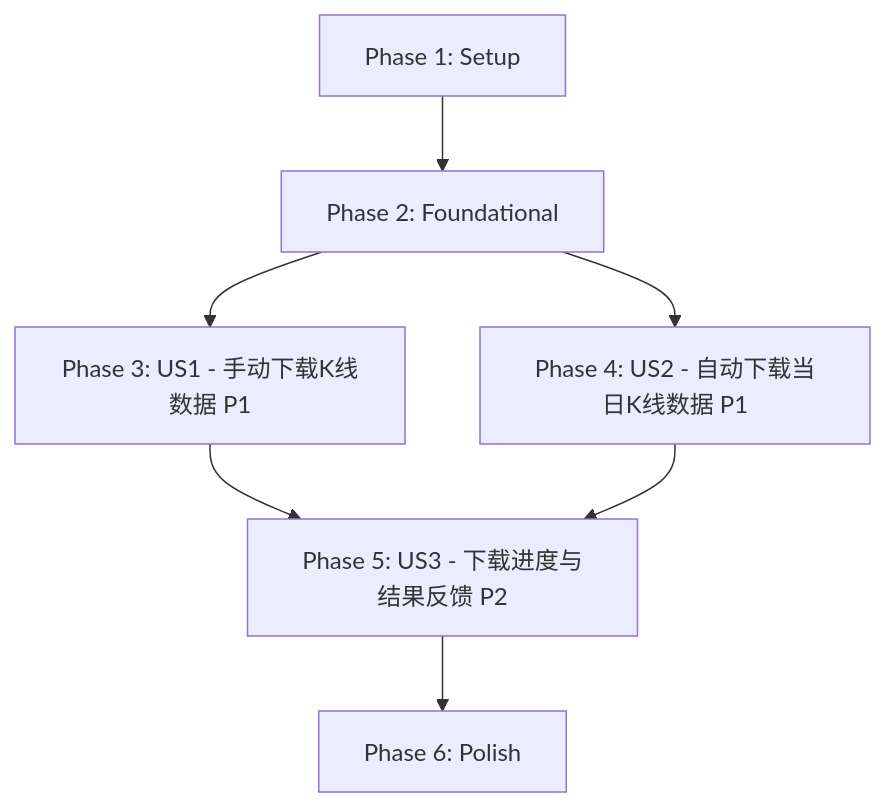
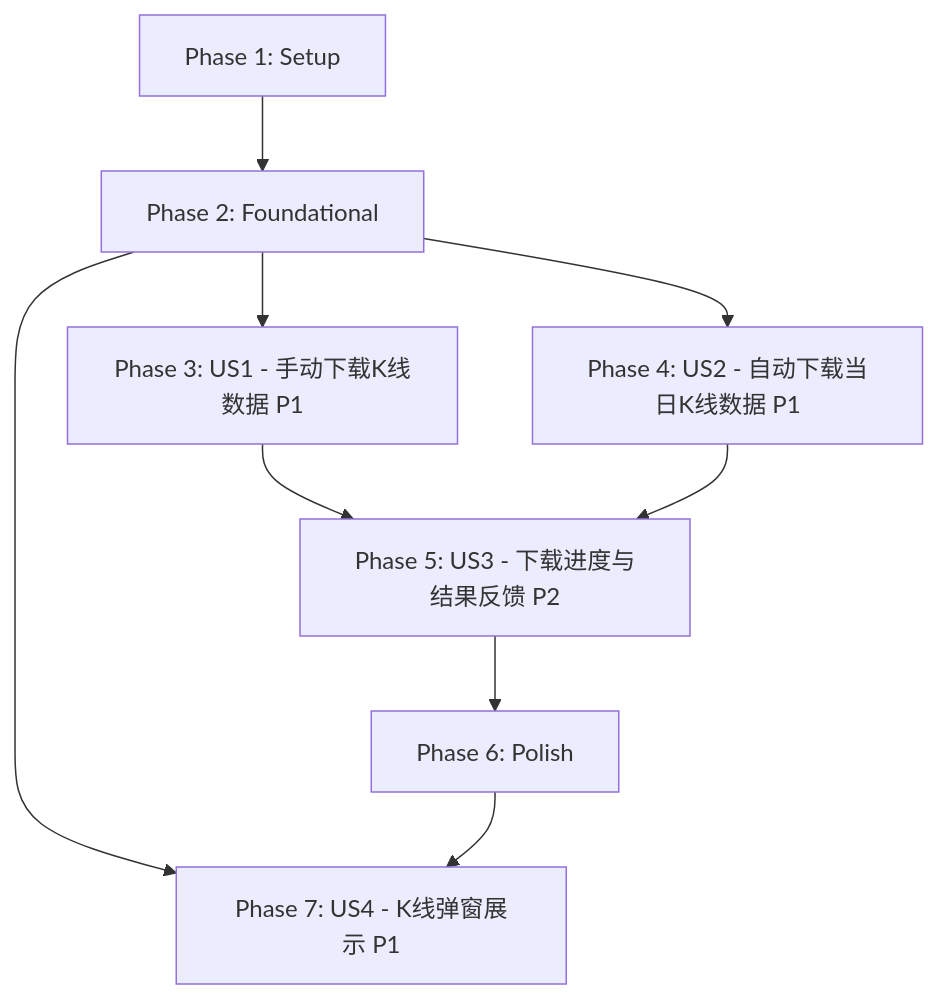
The diagram in specs/015-kline-download/tasks.md (dolphinzb/StockAnalyzer), drawn with Mermaid before and after one commit. The commit also changed other lines of this file and 16 other files, not shown here.

First line of the commit message:
feat(kline-chart): 添加K线图弹窗及Canvas渲染功能

````diff
--- a/specs/015-kline-download/tasks.md
+++ b/specs/015-kline-download/tasks.md
@@ -11,9 +11,11 @@
 ```mermaid
 graph TD
     A[Phase 1: Setup] --> B[Phase 2: Foundational]
     B --> C[Phase 3: US1 - 手动下载K线数据 P1]
     B --> D[Phase 4: US2 - 自动下载当日K线数据 P1]
     C --> E[Phase 5: US3 - 下载进度与结果反馈 P2]
     D --> E
     E --> F[Phase 6: Polish]
+    B --> G[Phase 7: US4 - K线弹窗展示 P1]
+    F --> G
 ```
````
